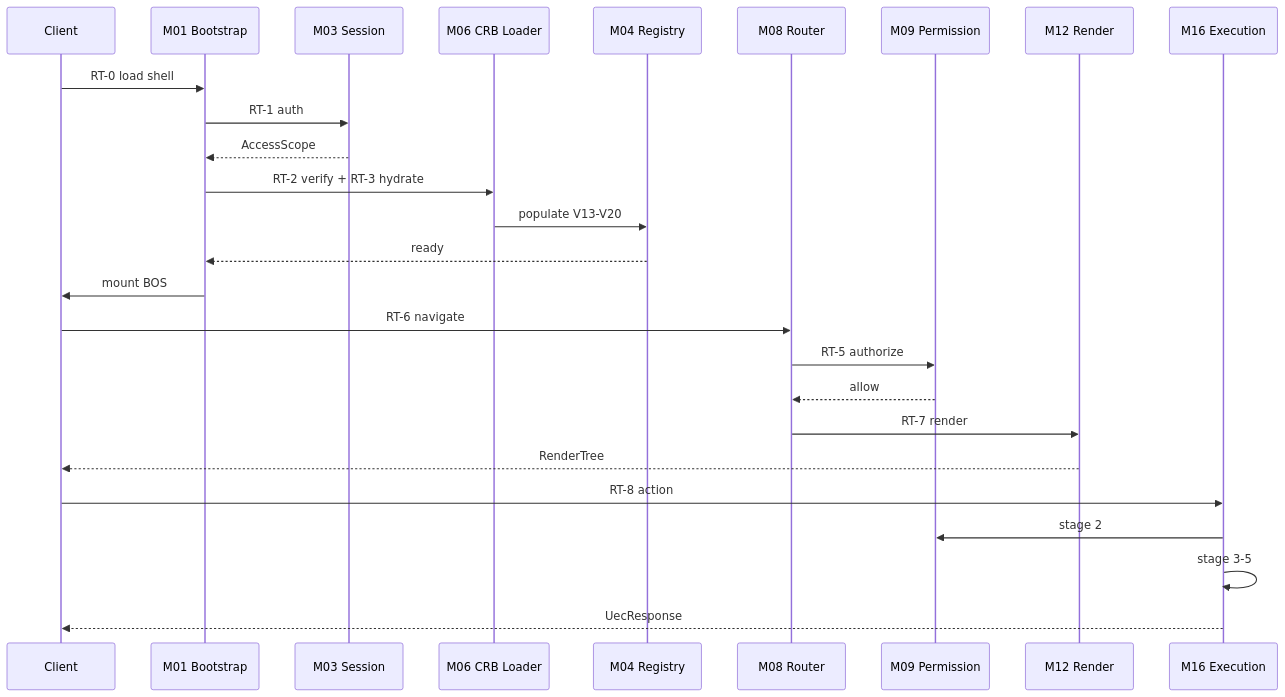
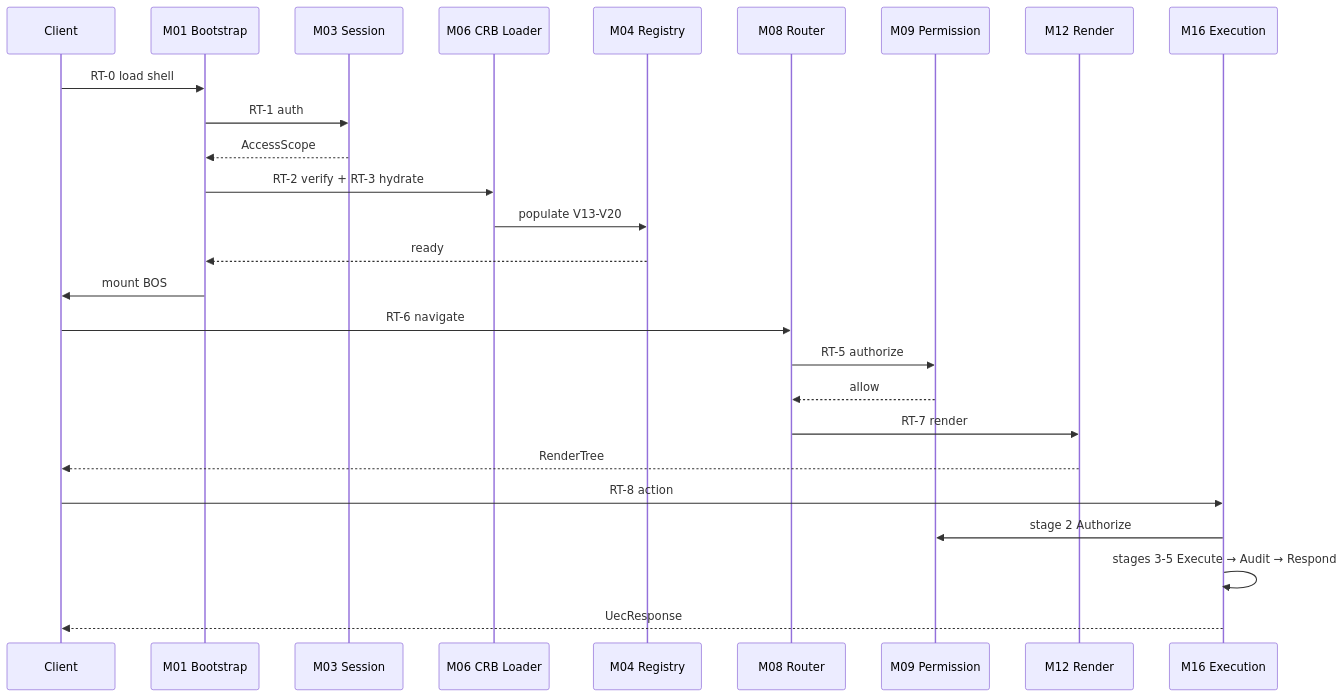
One commit to maikelimaadm-stack/PROJETOMG changed the second of 2 diagrams in docs/runtime-implementation/06-BOOTSTRAP-SEQUENCE.md. Above: the diagram before and after it, drawn with Mermaid. The commit also changed other lines of this file and 52 other files, not shown here.

First line of the commit message:
docs: Foundation C.0.2 — SSOT remediation + Global Architecture Certificate

````diff
--- a/docs/runtime-implementation/06-BOOTSTRAP-SEQUENCE.md
+++ b/docs/runtime-implementation/06-BOOTSTRAP-SEQUENCE.md
@@ -152,31 +152,31 @@
 ```mermaid
 sequenceDiagram
   participant C as Client
   participant B as M01 Bootstrap
   participant S as M03 Session
   participant L as M06 CRB Loader
   participant R as M04 Registry
   participant RT as M08 Router
   participant P as M09 Permission
   participant RE as M12 Render
   participant X as M16 Execution
 
   C->>B: RT-0 load shell
   B->>S: RT-1 auth
   S-->>B: AccessScope
   B->>L: RT-2 verify + RT-3 hydrate
   L->>R: populate V13-V20
   R-->>B: ready
   B->>C: mount BOS
 
   C->>RT: RT-6 navigate
   RT->>P: RT-5 authorize
   P-->>RT: allow
   RT->>RE: RT-7 render
   RE-->>C: RenderTree
 
   C->>X: RT-8 action
-  X->>P: stage 2
-  X->>X: stage 3-5
+  X->>P: stage 2 Authorize
+  X->>X: stages 3-5 Execute → Audit → Respond
   X-->>C: UecResponse
 ```
````
